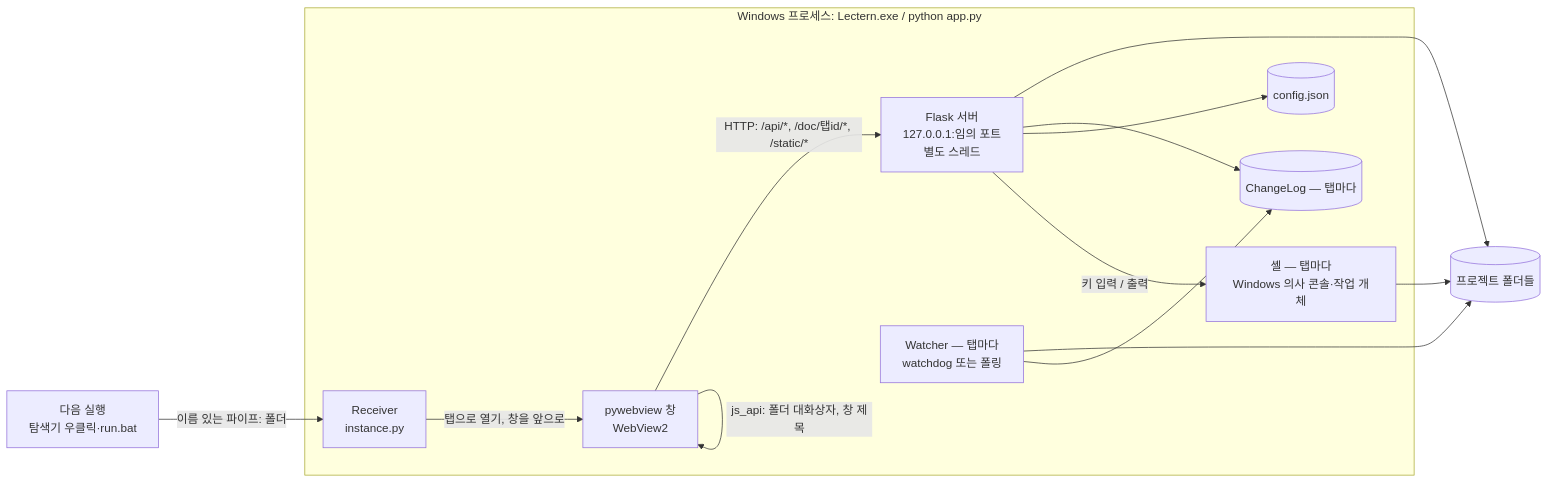
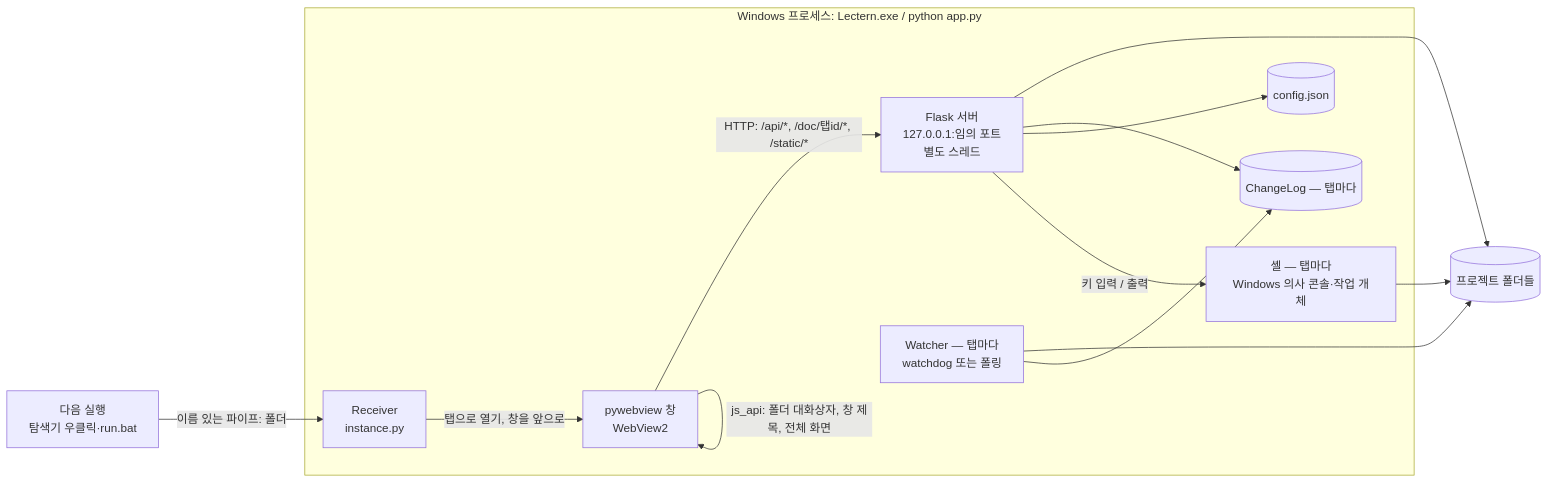
The first of 2 diagrams in docs/ARCHITECTURE.md (samiblog/lectern), drawn with Mermaid before and after one commit. The commit also changed other lines of this file and 32 other files, not shown here.

````diff
--- a/docs/ARCHITECTURE.md
+++ b/docs/ARCHITECTURE.md
@@ -7,25 +7,25 @@
 ```mermaid
 flowchart LR
     subgraph Win[Windows 프로세스: Lectern.exe / python app.py]
         PW[pywebview 창<br/>WebView2]
         HTTP[Flask 서버<br/>127.0.0.1:임의 포트<br/>별도 스레드]
         W[Watcher — 탭마다<br/>watchdog 또는 폴링]
         LOG[(ChangeLog — 탭마다)]
         CFG[(config.json)]
         RCV[Receiver<br/>instance.py]
         TERM[셸 — 탭마다<br/>Windows 의사 콘솔·작업 개체]
     end
     FS[(프로젝트 폴더들)]
     NEXT[다음 실행<br/>탐색기 우클릭·run.bat]
     PW -- "HTTP: /api/*, /doc/탭id/*, /static/*" --> HTTP
-    PW -- "js_api: 폴더 대화상자, 창 제목" --> PW
+    PW -- "js_api: 폴더 대화상자, 창 제목, 전체 화면" --> PW
     HTTP --> FS
     W --> FS
     W --> LOG
     HTTP --> LOG
     HTTP --> CFG
     HTTP -- "키 입력 / 출력" --> TERM
     TERM --> FS
     NEXT -- "이름 있는 파이프: 폴더" --> RCV
     RCV -- "탭으로 열기, 창을 앞으로" --> PW
 ```
````
